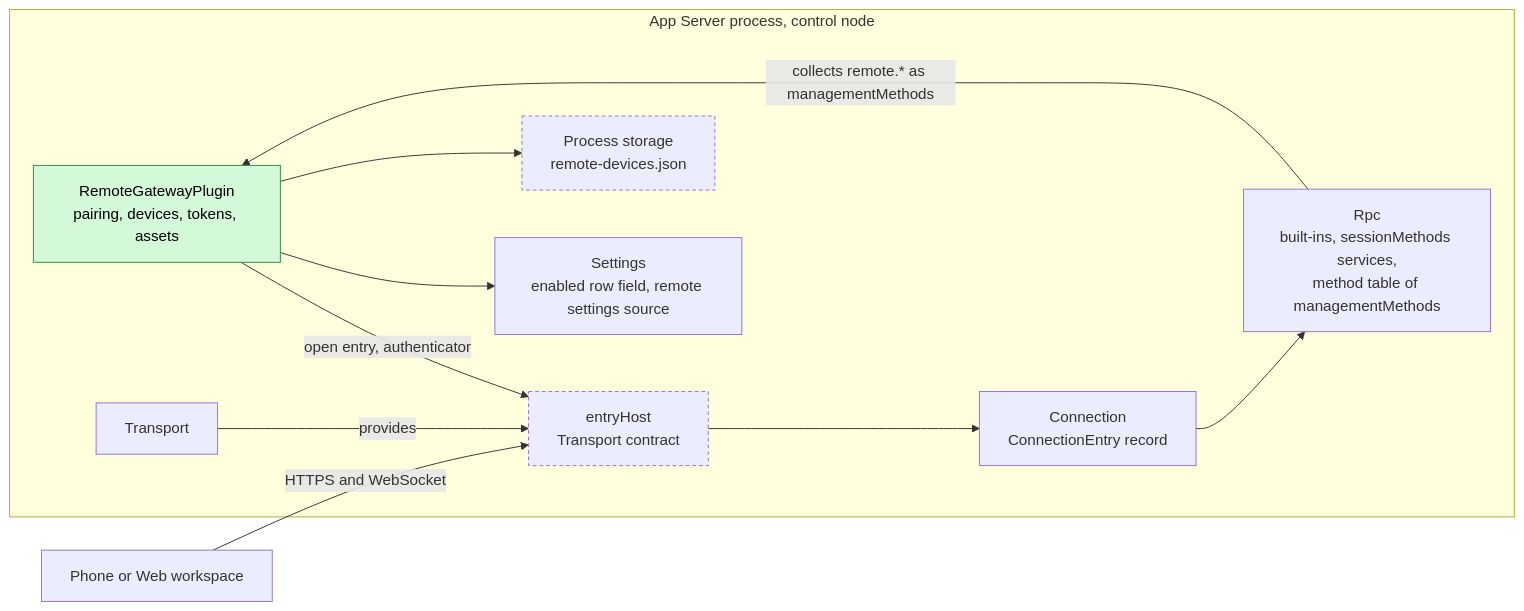
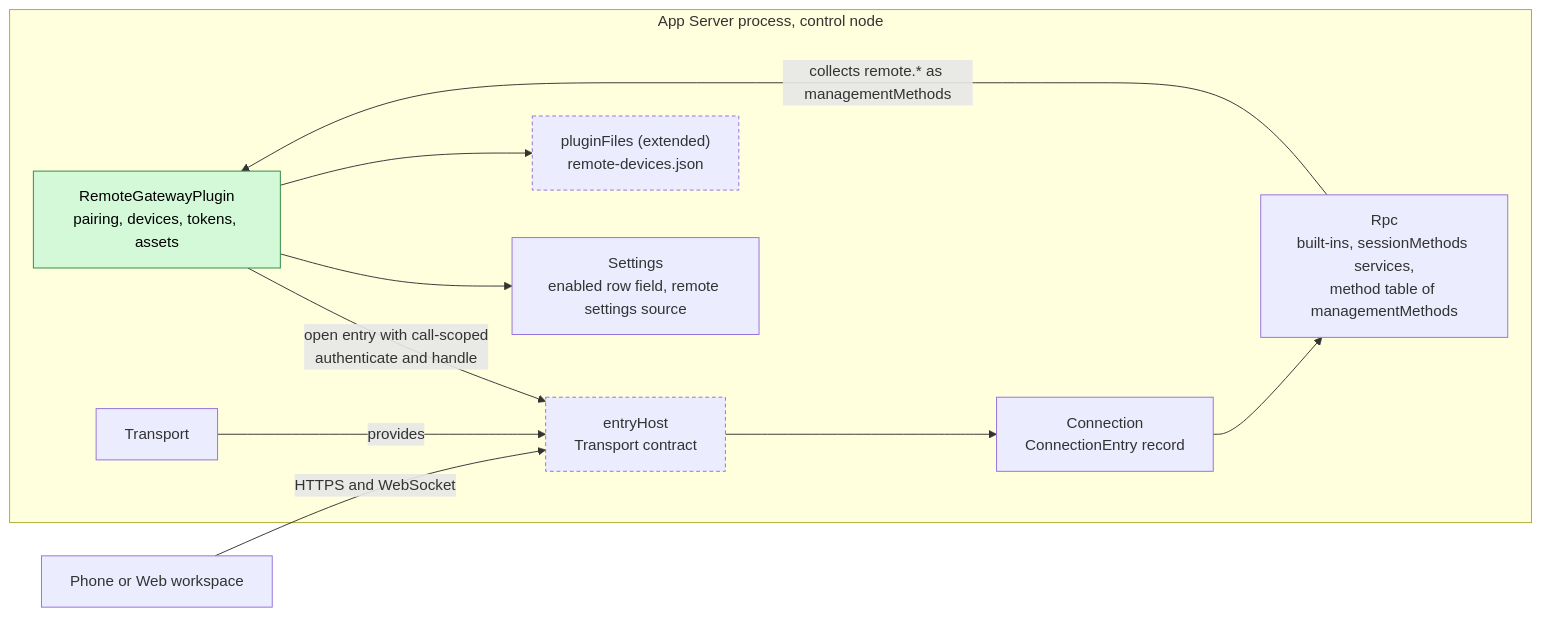
One commit to CoutinhoTTS/dim-agent changed the first of 6 diagrams in docs/design/plugins/RemoteGateway.md. Above: the diagram before and after it, drawn with Mermaid. The commit also changed other lines of this file and 42 other files, not shown here.

First line of the commit message:
docs(design): apply design rules to every plugin and contract document

````diff
--- a/docs/design/plugins/RemoteGateway.md
+++ b/docs/design/plugins/RemoteGateway.md
@@ -9,23 +9,23 @@
 ```mermaid
 flowchart LR
   subgraph P["App Server process, control node"]
     RG["RemoteGatewayPlugin<br/>pairing, devices, tokens, assets"]:::new
     EH["entryHost<br/>Transport contract"]:::contract
     TR["Transport"]
     CONN["Connection<br/>ConnectionEntry record"]
     RPC["Rpc<br/>built-ins, sessionMethods services,<br/>method table of managementMethods"]
     SET["Settings<br/>enabled row field, remote settings source"]
-    PST["Process storage<br/>remote-devices.json"]:::contract
+    PST["pluginFiles (extended)<br/>remote-devices.json"]:::contract
   end
   DEV["Phone or Web workspace"]
   DEV -->|"HTTPS and WebSocket"| EH
-  RG -->|"open entry, authenticator"| EH
+  RG -->|"open entry with call-scoped<br/>authenticate and handle"| EH
   TR -->|"provides"| EH
   EH --> CONN
   CONN --> RPC
   RPC -->|"collects remote.* as managementMethods"| RG
   RG --> SET
   RG --> PST
   classDef new fill:#d3f9d8,stroke:#2b8a3e,color:#000
   classDef contract stroke-dasharray:4 3
 ```
````
